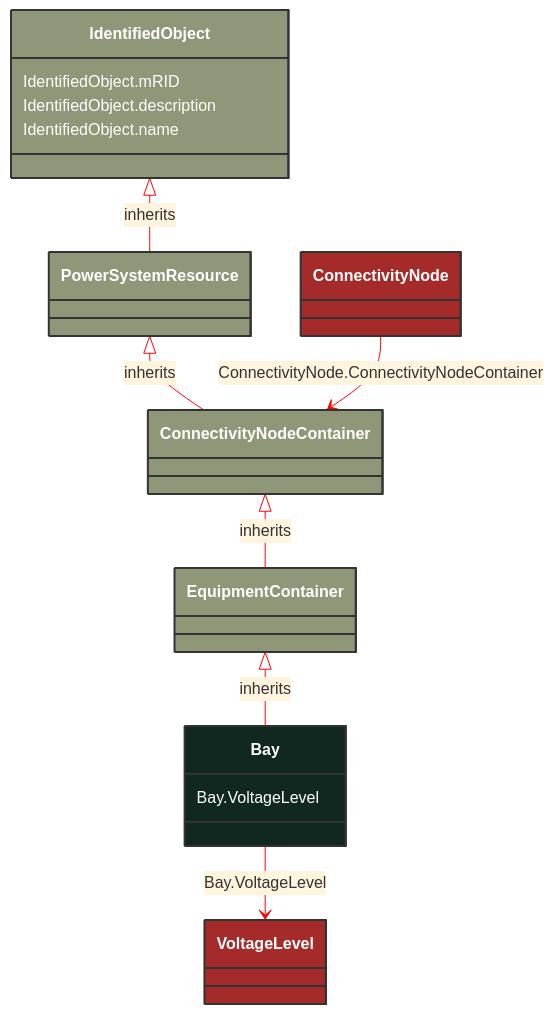
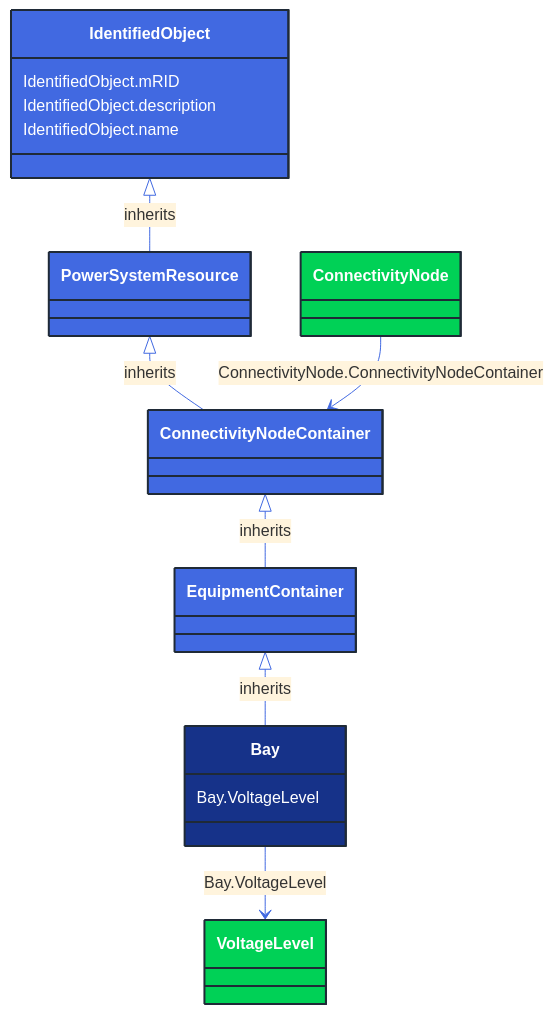
Before and after one commit to 3lbits/NoCIMExtensions: the diagram in docs/Models/Profiles/EquipmentBoundary/ConcreteClasses/Bay.md, drawn with Mermaid. The commit also changed 362 other files, not shown here.

First line of the commit message:
Update diagrams and styles for improved visual consistency

````diff
--- a/docs/Models/Profiles/EquipmentBoundary/ConcreteClasses/Bay.md
+++ b/docs/Models/Profiles/EquipmentBoundary/ConcreteClasses/Bay.md
@@ -8,41 +8,41 @@
 ```mermaid
-%%{init: {'theme':'base','themeVariables': {'lineColor': '#FF0000'}}}%%
+%%{init: {'theme':'base','themeVariables': {'lineColor': '#4169E1'}}}%%
 classDiagram
     class Bay
     click Bay href "/Models/Profiles/EquipmentBoundary/ConcreteClasses/Bay/"
-    style Bay fill:#102820,stroke:#333,stroke-width:2px,rx:10,ry:10,color:white
+    style Bay fill:#163289,stroke:#1F2A37,stroke-width:2px,rx:10,ry:10,color:white
      
         EquipmentContainer <|-- Bay : inherits
             click EquipmentContainer href "/Models/Profiles/EquipmentBoundary/AbstractClasses/EquipmentContainer/"
-            style EquipmentContainer fill:#8F9779,stroke:#333,stroke-width:2px,rx:10,ry:10,color:white
+            style EquipmentContainer fill:#4169E1,stroke:#1F2A37,stroke-width:2px,rx:10,ry:10,color:white
      
         ConnectivityNodeContainer <|-- EquipmentContainer : inherits
             click ConnectivityNodeContainer href "/Models/Profiles/EquipmentBoundary/AbstractClasses/ConnectivityNodeContainer/"
-            style ConnectivityNodeContainer fill:#8F9779,stroke:#333,stroke-width:2px,rx:10,ry:10,color:white
+            style ConnectivityNodeContainer fill:#4169E1,stroke:#1F2A37,stroke-width:2px,rx:10,ry:10,color:white
      
         PowerSystemResource <|-- ConnectivityNodeContainer : inherits
             click PowerSystemResource href "/Models/Profiles/EquipmentBoundary/AbstractClasses/PowerSystemResource/"
-            style PowerSystemResource fill:#8F9779,stroke:#333,stroke-width:2px,rx:10,ry:10,color:white
+            style PowerSystemResource fill:#4169E1,stroke:#1F2A37,stroke-width:2px,rx:10,ry:10,color:white
      
         IdentifiedObject <|-- PowerSystemResource : inherits
             click IdentifiedObject href "/Models/Profiles/EquipmentBoundary/AbstractClasses/IdentifiedObject/"
-            style IdentifiedObject fill:#8F9779,stroke:#333,stroke-width:2px,rx:10,ry:10,color:white
+            style IdentifiedObject fill:#4169E1,stroke:#1F2A37,stroke-width:2px,rx:10,ry:10,color:white
 
         Bay --> VoltageLevel : Bay.VoltageLevel
 
         VoltageLevel
             click VoltageLevel href "/Models/Profiles/EquipmentBoundary/ConcreteClasses/VoltageLevel/"
-            style VoltageLevel fill:#A52A2A,stroke:#333,stroke-width:2px,rx:10,ry:10,color:white
+            style VoltageLevel fill:#00D156,stroke:#1F2A37,stroke-width:2px,rx:10,ry:10,color:white
 
         ConnectivityNode --> ConnectivityNodeContainer : ConnectivityNode.ConnectivityNodeContainer
 
         ConnectivityNode
             click ConnectivityNode href "/Models/Profiles/EquipmentBoundary/ConcreteClasses/ConnectivityNode/"
-            style ConnectivityNode fill:#A52A2A,stroke:#333,stroke-width:2px,rx:10,ry:10,color:white
+            style ConnectivityNode fill:#00D156,stroke:#1F2A37,stroke-width:2px,rx:10,ry:10,color:white
 
 
         Bay : Bay.VoltageLevel
         IdentifiedObject : IdentifiedObject.mRID
         IdentifiedObject : IdentifiedObject.description
         IdentifiedObject : IdentifiedObject.name
 ```
````
